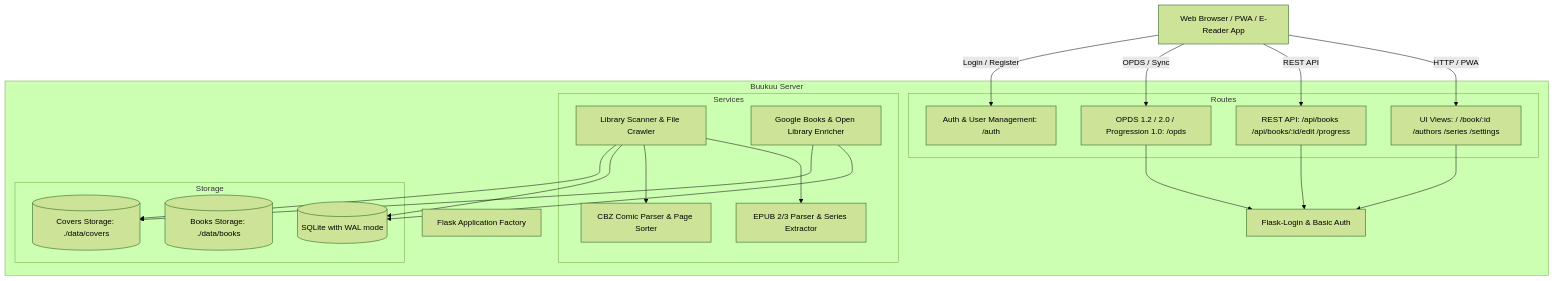
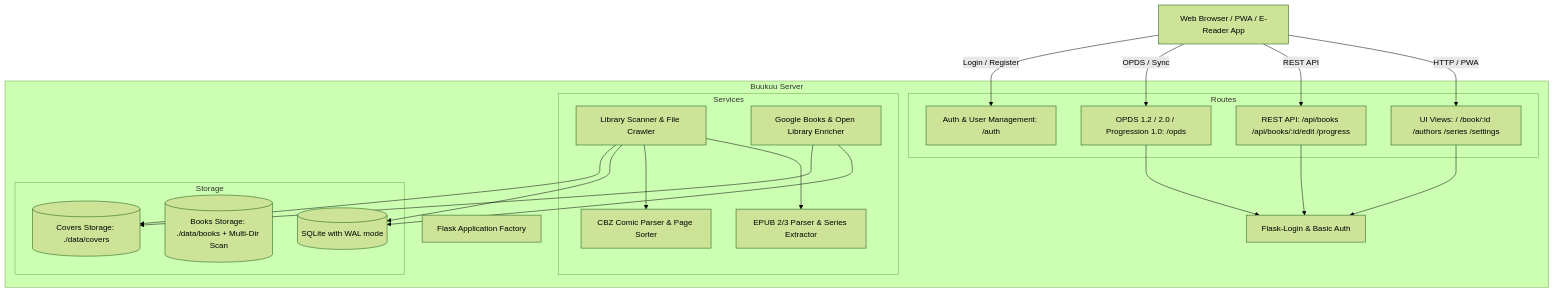
The diagram in AGENT.md (syfq91/aarkib), drawn with Mermaid (forest theme) before and after one commit. The commit also changed other lines of this file and 8 other files, not shown here.

````diff
--- a/AGENT.md
+++ b/AGENT.md
@@ -11,46 +11,46 @@
 ```mermaid
 graph TD
     Client[Web Browser / PWA / E-Reader App]
     
     subgraph Buukuu Server
         App[Flask Application Factory]
         Auth[Flask-Login & Basic Auth]
         
         subgraph Routes
             UIRoutes[UI Views: / /book/:id /authors /series /settings]
             APIRoutes[REST API: /api/books /api/books/:id/edit /progress]
             OPDSRoutes[OPDS 1.2 / 2.0 / Progression 1.0: /opds]
             AuthRoutes[Auth & User Management: /auth]
         end
         
         subgraph Services
             Scanner[Library Scanner & File Crawler]
             EPUBParser[EPUB 2/3 Parser & Series Extractor]
             CBZParser[CBZ Comic Parser & Page Sorter]
             Enricher[Google Books & Open Library Enricher]
         end
         
         subgraph Storage
             DB[(SQLite with WAL mode)]
-            BooksDir[(Books Storage: ./data/books)]
+            BooksDir[(Books Storage: ./data/books + Multi-Dir Scan)]
             CoversDir[(Covers Storage: ./data/covers)]
         end
     end
 
     Client -->|HTTP / PWA| UIRoutes
     Client -->|REST API| APIRoutes
     Client -->|OPDS / Sync| OPDSRoutes
     Client -->|Login / Register| AuthRoutes
     
     UIRoutes --> Auth
     APIRoutes --> Auth
     OPDSRoutes --> Auth
     
     Scanner --> EPUBParser
     Scanner --> CBZParser
     Scanner --> DB
     Scanner --> CoversDir
     
     Enricher --> DB
     Enricher --> CoversDir
 ```
````
